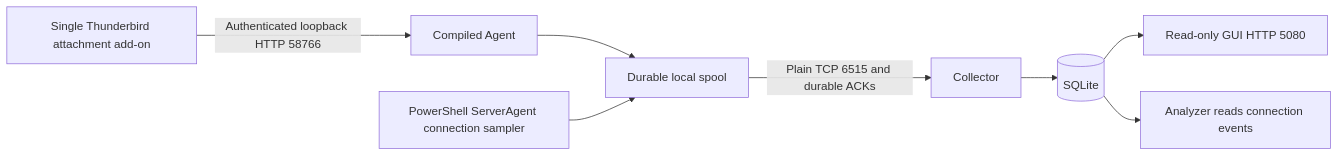
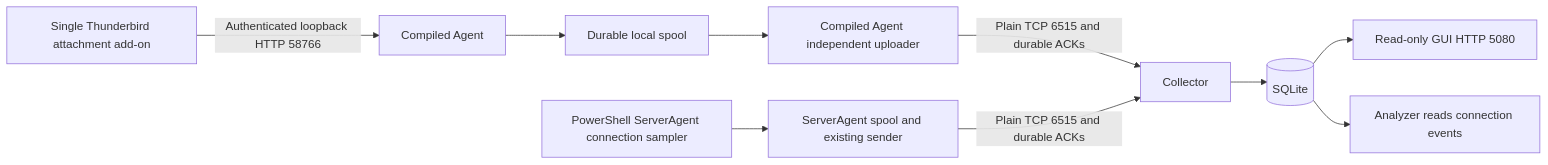
One commit to TEA-GD/Listener changed the diagram in SCHEME.md. Above: the diagram before and after it, drawn with Mermaid. The commit also changed other lines of this file and 11 other files, not shown here.

````diff
--- a/SCHEME.md
+++ b/SCHEME.md
@@ -7,10 +7,12 @@
 ```mermaid
 flowchart LR
     T[Single Thunderbird attachment add-on] -->|Authenticated loopback HTTP 58766| A[Compiled Agent]
     A --> S[Durable local spool]
-    P[PowerShell ServerAgent connection sampler] --> S
-    S -->|Plain TCP 6515 and durable ACKs| C[Collector]
+    P[PowerShell ServerAgent connection sampler] --> PS[ServerAgent spool and existing sender]
+    S --> U[Compiled Agent independent uploader]
+    U -->|Plain TCP 6515 and durable ACKs| C[Collector]
+    PS -->|Plain TCP 6515 and durable ACKs| C
     C --> D[(SQLite)]
     D --> G[Read-only GUI HTTP 5080]
     D --> N[Analyzer reads connection events]
 ```
````
